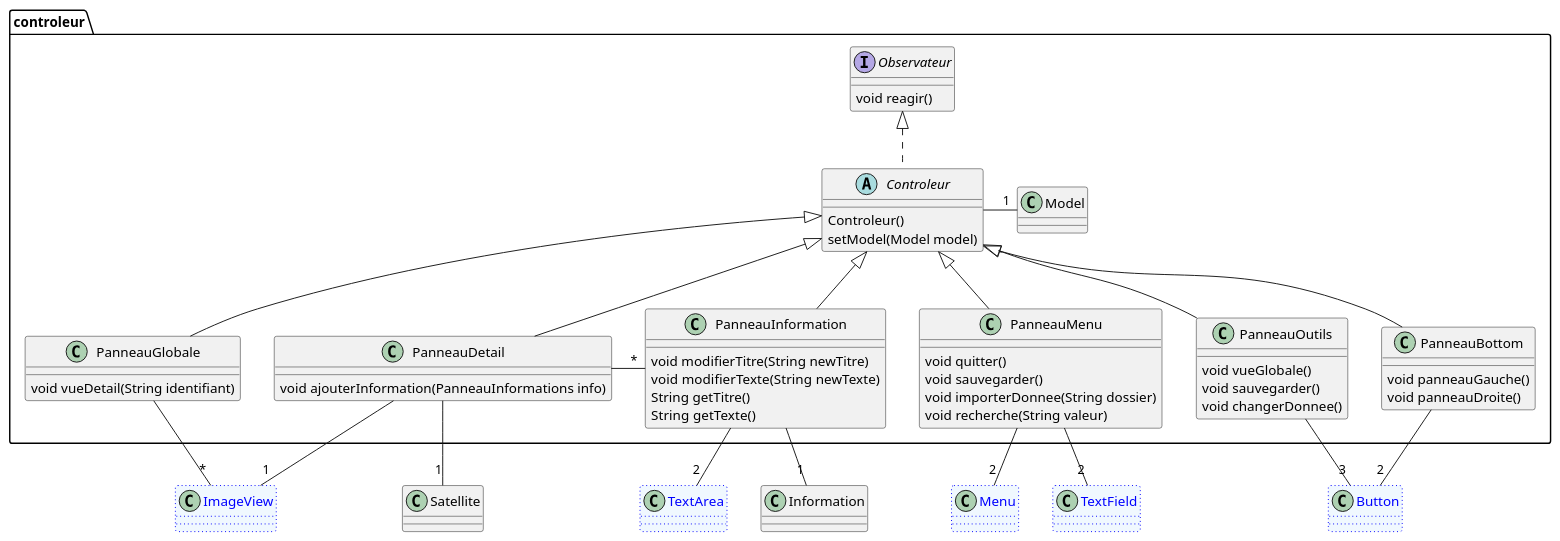
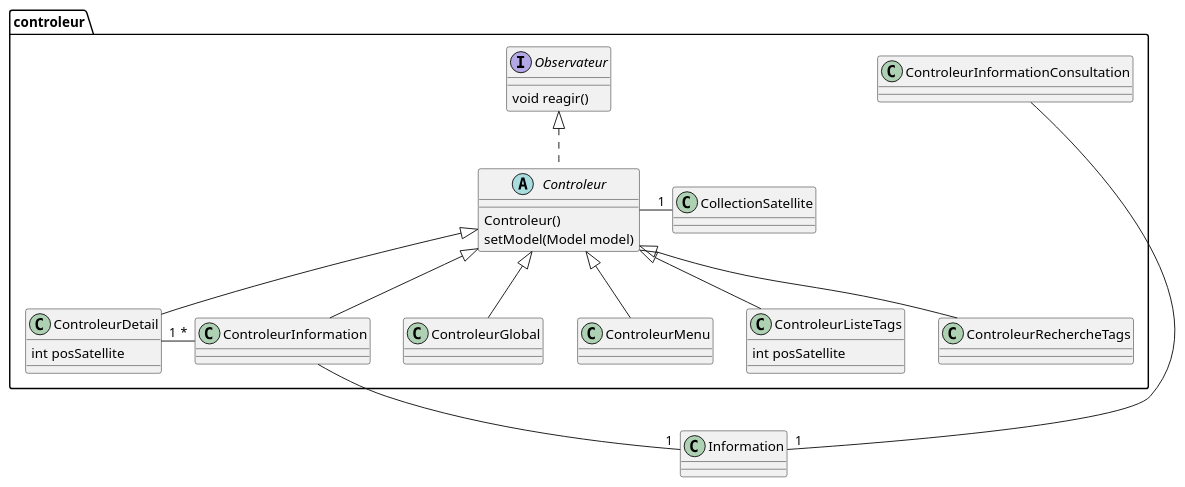
One commit to BapDiedler/collectionSatellite changed the diagram in documentation/diagramme/code/DiagrammeControleur.puml. Above: the diagram before and after it, drawn with PlantUML. The commit also changed 5 other files, not shown here.

Commit message:
changement des diagrammes de classe

```diff
--- a/documentation/diagramme/code/DiagrammeControleur.puml
+++ b/documentation/diagramme/code/DiagrammeControleur.puml
@@ -1,70 +1,48 @@
 @startuml
 'https://plantuml.com/class-diagram
 
 package controleur{
+
     abstract Controleur implements Observateur{
         Controleur()
         setModel(Model model)
     }
 
     interface Observateur{
         void reagir()
     }
 
-
-    class PanneauGlobale extends Controleur{
-        void vueDetail(String identifiant)
+    class ControleurInformationConsultation{
     }
 
-    class Model
-    class PanneauDetail extends Controleur{
-        void ajouterInformation(PanneauInformations info)
+    class ControleurGlobal extends Controleur{
     }
 
-    class PanneauMenu extends Controleur{
-        void quitter()
-        void sauvegarder()
-        void importerDonnee(String dossier)
-        void recherche(String valeur)
+    class CollectionSatellite{
     }
 
-    class PanneauOutils extends Controleur{
-        void vueGlobale()
-        void sauvegarder()
-        void changerDonnee()
+    class ControleurDetail extends Controleur{
+        int posSatellite
     }
 
-    class PanneauBottom extends Controleur{
-        void panneauGauche()
-        void panneauDroite()
+    class ControleurMenu extends Controleur{
     }
 
+    class ControleurInformation extends Controleur{
+    }
 
-    class PanneauInformation extends Controleur{
-        void modifierTitre(String newTitre)
-        void modifierTexte(String newTexte)
-        String getTitre()
-        String getTexte()
+    class ControleurListeTags extends Controleur{
+        int posSatellite
+    }
+
+    class ControleurRechercheTags extends Controleur{
     }
 }
 
-class ImageView #aliceblue;line:blue;line.dotted;text:blue
-class TextArea #aliceblue;line:blue;line.dotted;text:blue
-class Menu #aliceblue;line:blue;line.dotted;text:blue
-class Button #aliceblue;line:blue;line.dotted;text:blue
-class TextField #aliceblue;line:blue;line.dotted;text:blue
-
-Model "1"--left Controleur
-PanneauDetail -right-"*" PanneauInformation
-PanneauDetail --"1" Satellite
-PanneauInformation --"1" Information
-PanneauInformation --"2" TextArea
-PanneauDetail --"1" ImageView
-PanneauGlobale -left-"*" ImageView
-PanneauOutils --"3" Button
-PanneauBottom --"2" Button
-PanneauMenu --"2" Menu
-PanneauMenu --"2" TextField
+CollectionSatellite "1"--left Controleur
+ControleurDetail "1"-right-"*" ControleurInformation
+ControleurInformation --"1" Information
+ControleurInformationConsultation --"1" Information
 
 
 @enduml
```
